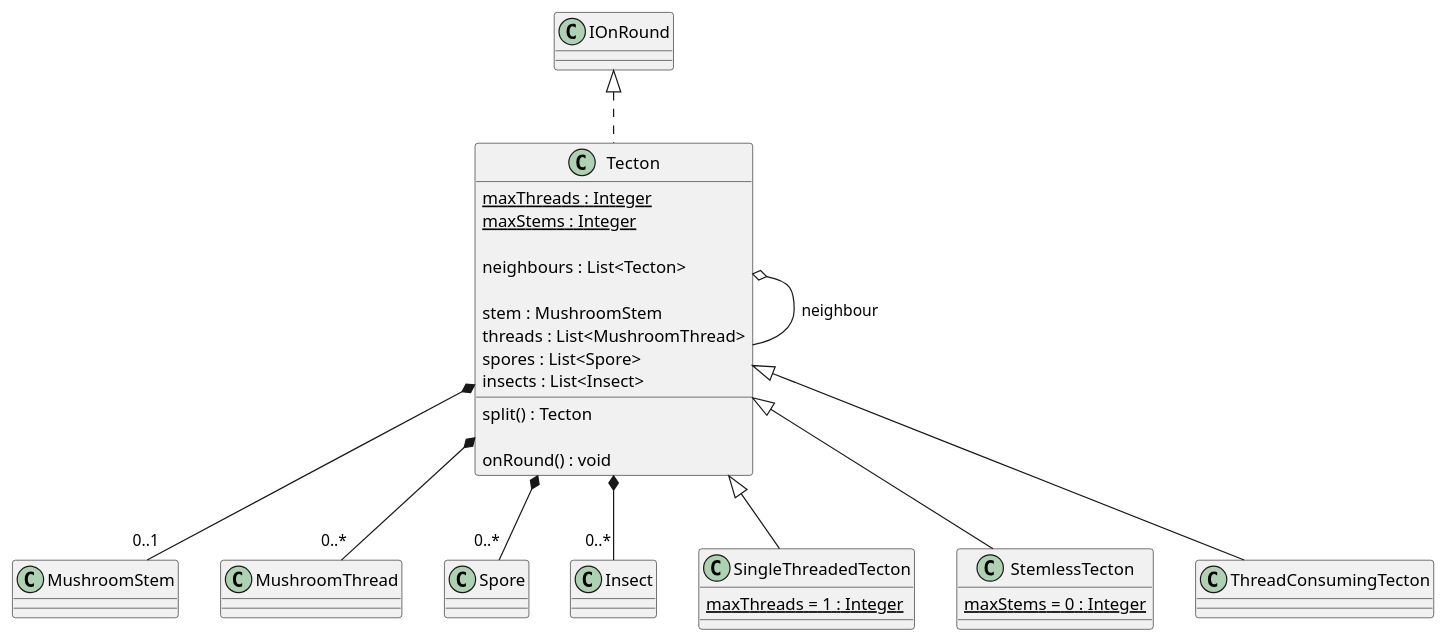
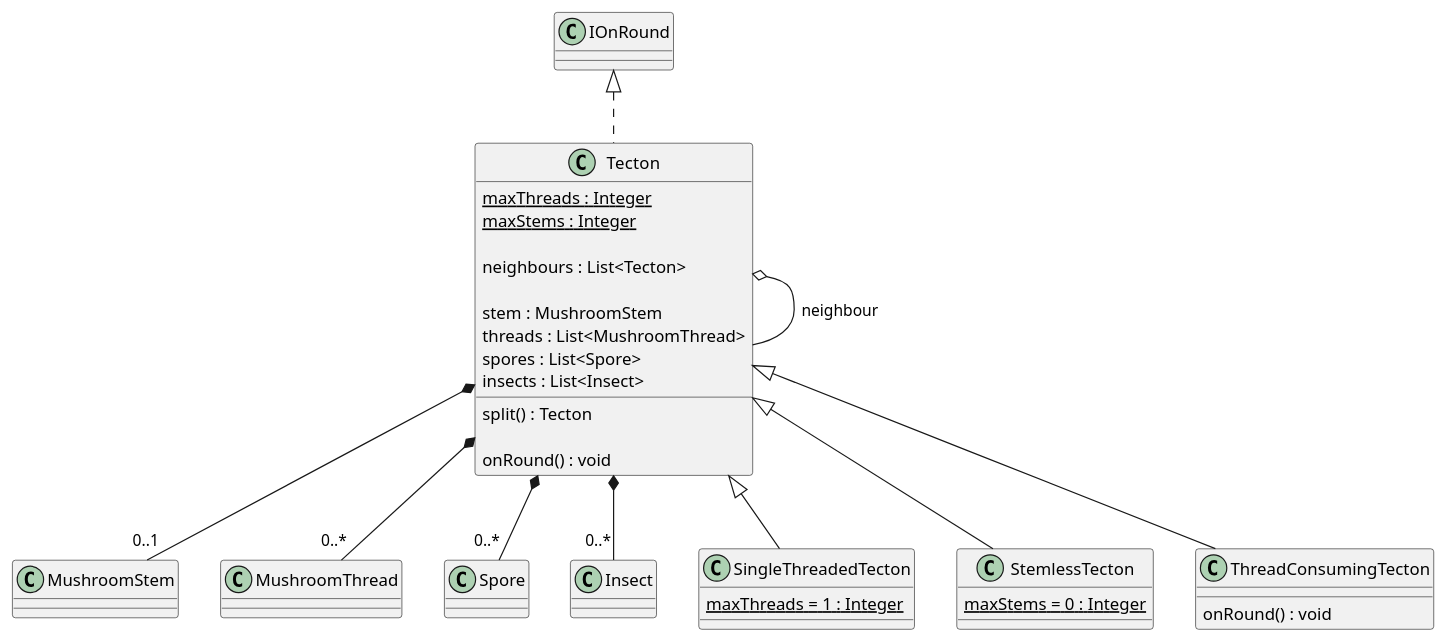
One commit to Petya-G/fungorium changed the diagram in 3/classes/tecton.puml. Above: the diagram before and after it, drawn with PlantUML. The commit also changed 1 other file, not shown here.

Commit message:
threadConsumingTecton onRound() override

```diff
--- a/3/classes/tecton.puml
+++ b/3/classes/tecton.puml
@@ -1,55 +1,56 @@
 @startuml tecton
   IOnRound <|.. Tecton 
   Tecton  o-- Tecton : neighbour
   'Tecton *-- "0..*" Entity
   class Tecton {
     {static} maxThreads : Integer
     {static} maxStems : Integer
     
     neighbours : List<Tecton>
 
     stem : MushroomStem
     threads : List<MushroomThread>
     spores : List<Spore>
     insects : List<Insect>  
 
     'addNeighbour(Tecton) : void
     'addStem(MushroomStem stem) : void
     'removeStem() : void
     'addThread(MushroomThread thread) : void
     'removeThread(MushroomThread thread) : void
     'addSpore(Spore spore) : void
     'removeSpore(Spore spore) : void
     'addInsect(Insect insect) : void
     'removeInsect(Insect insect) : void
 
     split() : Tecton
 
     onRound() : void
   }
 
   Tecton *-- "0..1" MushroomStem 
   Tecton *-- "0..*" MushroomThread
   
   Tecton *-- "0..*" Spore
   Tecton *-- "0..*" Insect
   'SingleThreadedTecton *-- "0..1" MushroomStem
   'SingleThreadedTecton "2" *-- "0..1" MushroomThread
   Tecton <|-- SingleThreadedTecton
   class SingleThreadedTecton {
     {static} maxThreads = 1 : Integer
   }
 
 
   'BodylessTecton "2" *-- "0..*" MushroomThread
   Tecton <|-- StemlessTecton
   class StemlessTecton {
     {static} maxStems = 0 : Integer
   }
 
   ' ThreadConsumingTecton *-- "0..1" MushroomStem
   'ThreadConsumingTecton "2" *-- "0..*" MushroomThread
   Tecton <|-- ThreadConsumingTecton
   class ThreadConsumingTecton {
+    onRound() : void
   }
 @enduml
```
